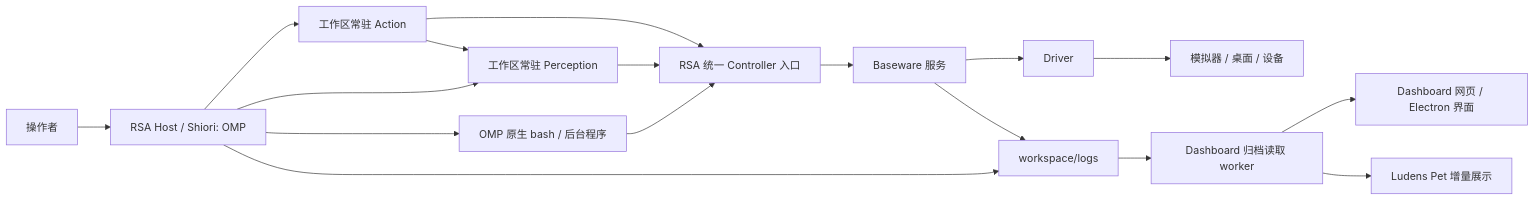
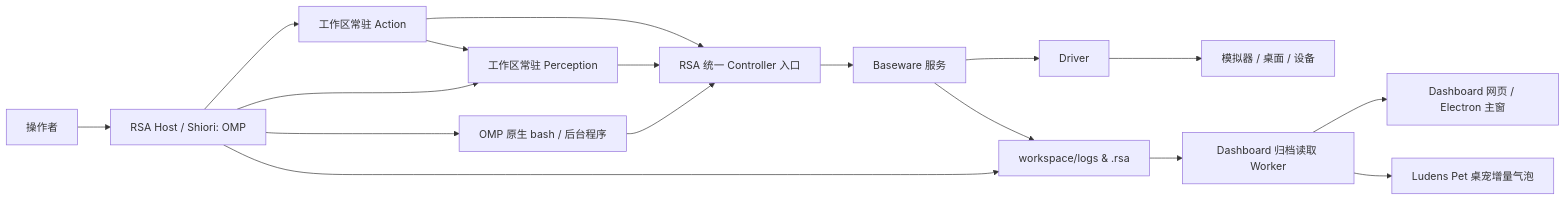
The diagram in docs/reference/architecture.md (luokerenx4/Ludens-alpha), drawn with Mermaid before and after one commit. The commit also changed other lines of this file and 16 other files, not shown here.

````diff
--- a/docs/reference/architecture.md
+++ b/docs/reference/architecture.md
@@ -15,19 +15,19 @@
 ```mermaid
 flowchart LR
     O[操作者] --> H[RSA Host / Shiori: OMP]
     H --> P[工作区常驻 Perception]
     H --> X[工作区常驻 Action]
     H --> S[OMP 原生 bash / 后台程序]
     S --> C[RSA 统一 Controller 入口]
     P --> C
     X --> C
     X --> P
     C --> B[Baseware 服务]
     B --> D[Driver]
     D --> E[模拟器 / 桌面 / 设备]
-    H --> L[workspace/logs]
+    H --> L[workspace/logs & .rsa]
     B --> L
-    L --> R[Dashboard 归档读取 worker]
-    R --> V[Dashboard 网页 / Electron 界面]
-    R --> A[Ludens Pet 增量展示]
+    L --> R[Dashboard 归档读取 Worker]
+    R --> V[Dashboard 网页 / Electron 主窗]
+    R --> A[Ludens Pet 桌宠增量气泡]
 ```
````
